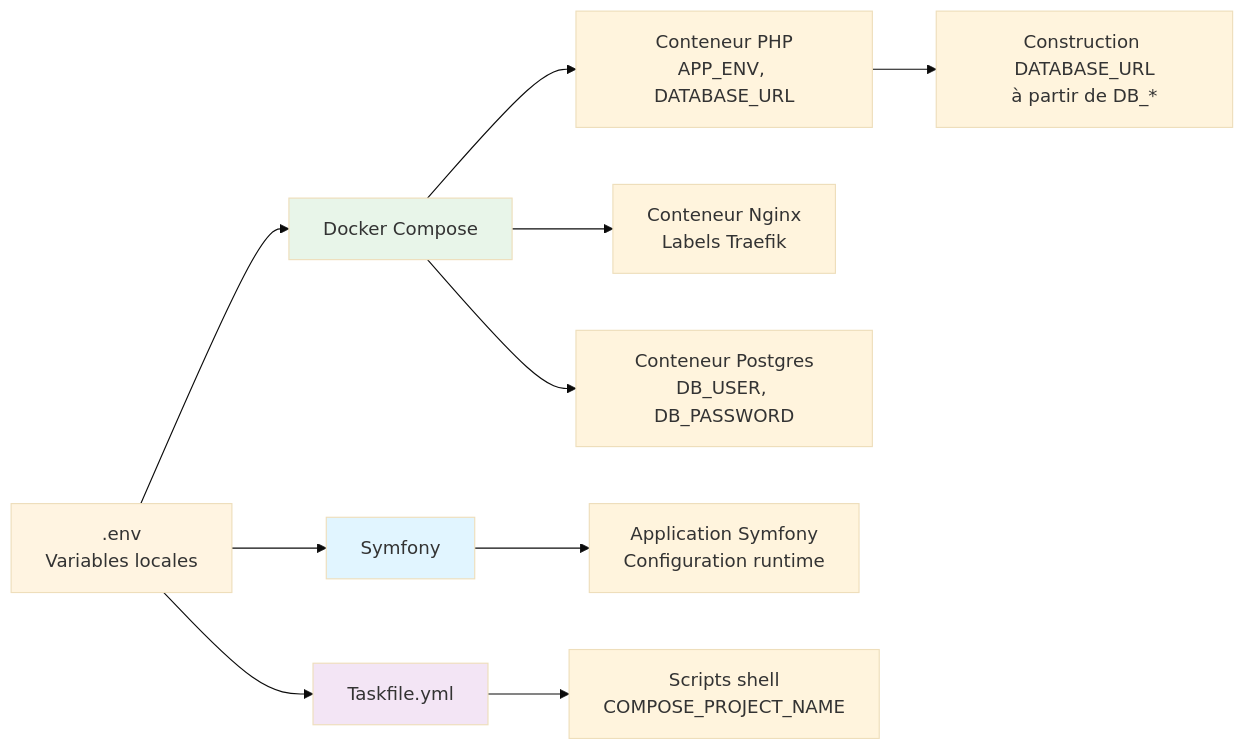
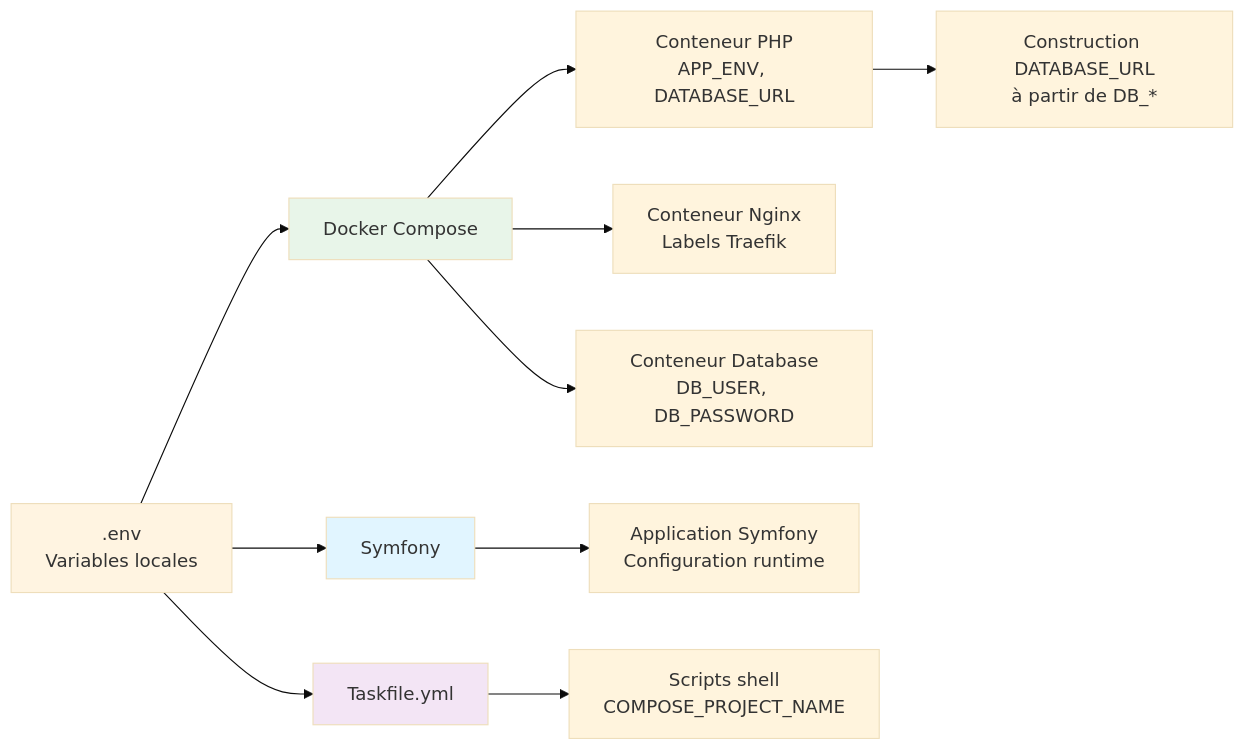
One commit to JohanGaub/sso changed the second of 6 diagrams in docs/INFRASTRUCTURE.md. Above: the diagram before and after it, drawn with Mermaid (base theme). The commit also changed other lines of this file and 5 other files, not shown here.

First line of the commit message:
docs(docker): update database service name from postgres to database

````diff
--- a/docs/INFRASTRUCTURE.md
+++ b/docs/INFRASTRUCTURE.md
@@ -353,21 +353,21 @@
 ```mermaid
 graph LR
     A[.env<br/>Variables locales] --> B[Docker Compose]
     A --> C[Symfony]
     A --> D[Taskfile.yml]
     
     B --> E[Conteneur PHP<br/>APP_ENV, DATABASE_URL]
     B --> F[Conteneur Nginx<br/>Labels Traefik]
-    B --> G[Conteneur Postgres<br/>DB_USER, DB_PASSWORD]
+    B --> G[Conteneur Database<br/>DB_USER, DB_PASSWORD]
     
     C --> H[Application Symfony<br/>Configuration runtime]
     
     D --> I[Scripts shell<br/>COMPOSE_PROJECT_NAME]
     
     E --> J[Construction DATABASE_URL<br/>à partir de DB_*]
     
     style A fill:#fff4e1
     style B fill:#e8f5e9
     style C fill:#e1f5ff
     style D fill:#f3e5f5
 ```
````
